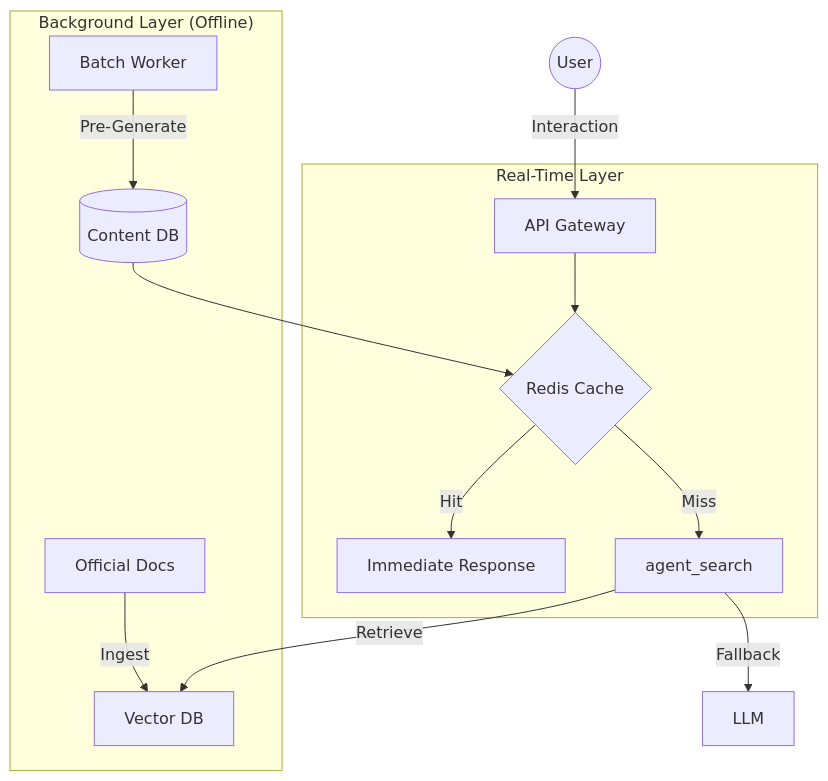
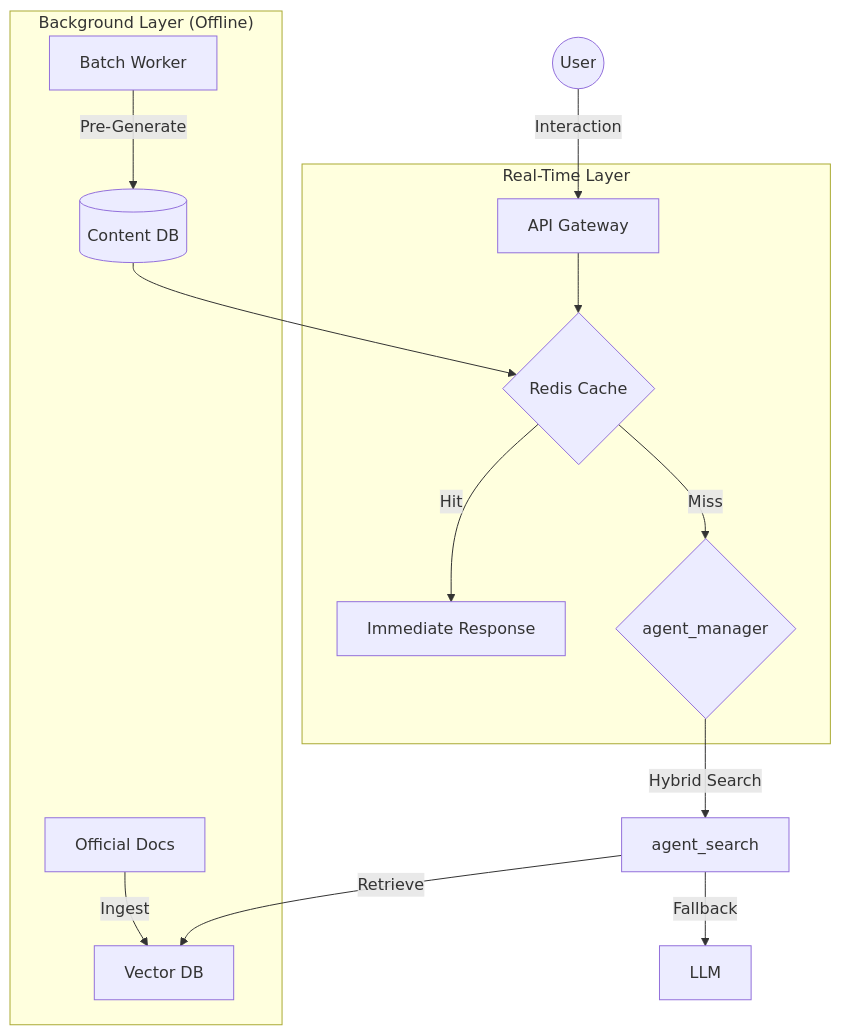
The third of 3 diagrams in docs/2_design/agent_workflow.md (haebo9/ai-techtree-project), drawn with Mermaid before and after one commit. The commit also changed 3 other files, not shown here.

````diff
--- a/docs/2_design/agent_workflow.md
+++ b/docs/2_design/agent_workflow.md
@@ -98,19 +98,20 @@
 ```mermaid
 graph TD
     User((User)) -->|Interaction| API[API Gateway]
     
     subgraph "Real-Time Layer"
         API --> Cache{Redis Cache}
         Cache -- Hit --> Delivery[Immediate Response]
-        Cache -- Miss --> Agent[agent_search]
+        Cache -- Miss --> Manager{agent_manager}
     end
     
     subgraph "Background Layer (Offline)"
         Worker[Batch Worker] -->|Pre-Generate| DB[(Content DB)]
         Docs[Official Docs] -->|Ingest| VectorStore[Vector DB]
         DB --> Cache
     end
     
-    Agent -->|Retrieve| VectorStore
-    Agent -->|Fallback| LLM
+    Manager -->|Hybrid Search| Search[agent_search]
+    Search -->|Retrieve| VectorStore
+    Search -->|Fallback| LLM
 ```
````
